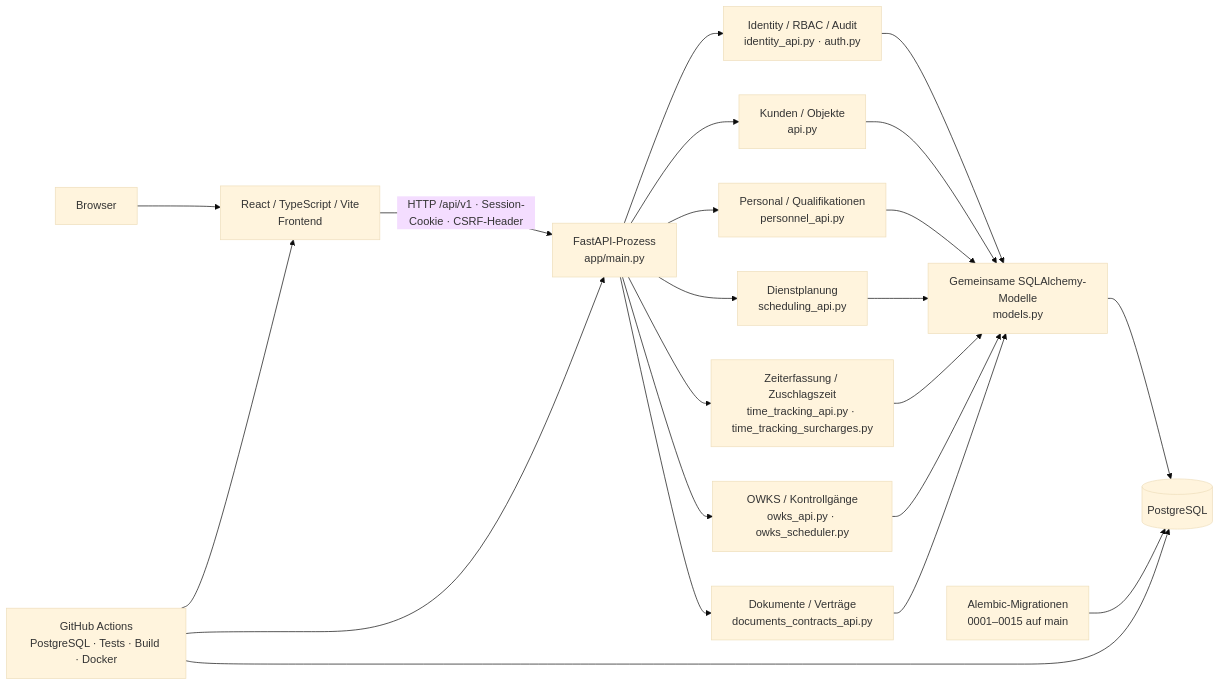
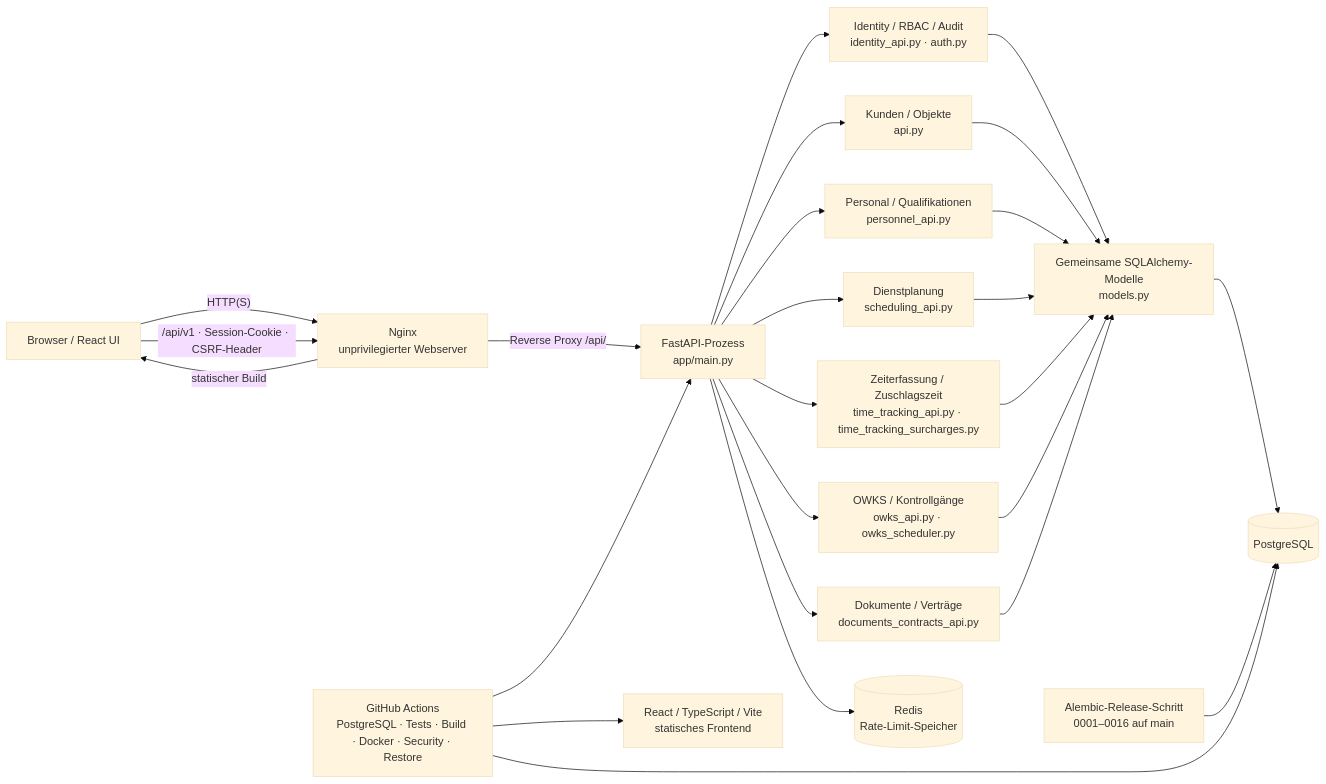
Before and after one commit to Debugger-alex/securityops-python: the diagram in docs/ARCHITECTURE.md, drawn with Mermaid (base theme). The commit also changed other lines of this file and 11 other files, not shown here.

````diff
--- a/docs/ARCHITECTURE.md
+++ b/docs/ARCHITECTURE.md
@@ -7,38 +7,43 @@
 ```mermaid
 flowchart LR
-    Browser["Browser"]
-    UI["React / TypeScript / Vite<br/>Frontend"]
+    Browser["Browser / React UI"]
+    UI["React / TypeScript / Vite<br/>statisches Frontend"]
+    Web["Nginx<br/>unprivilegierter Webserver"]
     API["FastAPI-Prozess<br/>app/main.py"]
     Identity["Identity / RBAC / Audit<br/>identity_api.py · auth.py"]
     Customer["Kunden / Objekte<br/>api.py"]
     People["Personal / Qualifikationen<br/>personnel_api.py"]
     Scheduling["Dienstplanung<br/>scheduling_api.py"]
     Time["Zeiterfassung / Zuschlagszeit<br/>time_tracking_api.py · time_tracking_surcharges.py"]
     OWKS["OWKS / Kontrollgänge<br/>owks_api.py · owks_scheduler.py"]
     Docs["Dokumente / Verträge<br/>documents_contracts_api.py"]
     Models["Gemeinsame SQLAlchemy-Modelle<br/>models.py"]
     DB[("PostgreSQL")]
-    Migrations["Alembic-Migrationen<br/>0001–0015 auf main"]
-    CI["GitHub Actions<br/>PostgreSQL · Tests · Build · Docker"]
-    Browser --> UI
-    UI -->|"HTTP /api/v1 · Session-Cookie · CSRF-Header"| API
+    Redis[("Redis<br/>Rate-Limit-Speicher")]
+    Migrations["Alembic-Release-Schritt<br/>0001–0016 auf main"]
+    CI["GitHub Actions<br/>PostgreSQL · Tests · Build · Docker · Security · Restore"]
+    Browser -->|"HTTP(S)"| Web
+    Web -->|"statischer Build"| Browser
+    Browser -->|"/api/v1 · Session-Cookie · CSRF-Header"| Web
+    Web -->|"Reverse Proxy /api/"| API
     API --> Identity
     API --> Customer
     API --> People
     API --> Scheduling
     API --> Time
     API --> OWKS
     API --> Docs
     Identity --> Models
     Customer --> Models
     People --> Models
     Scheduling --> Models
     Time --> Models
     OWKS --> Models
     Docs --> Models
     Models --> DB
+    API --> Redis
     Migrations --> DB
     CI --> API
     CI --> UI
     CI --> DB
 ```
````
